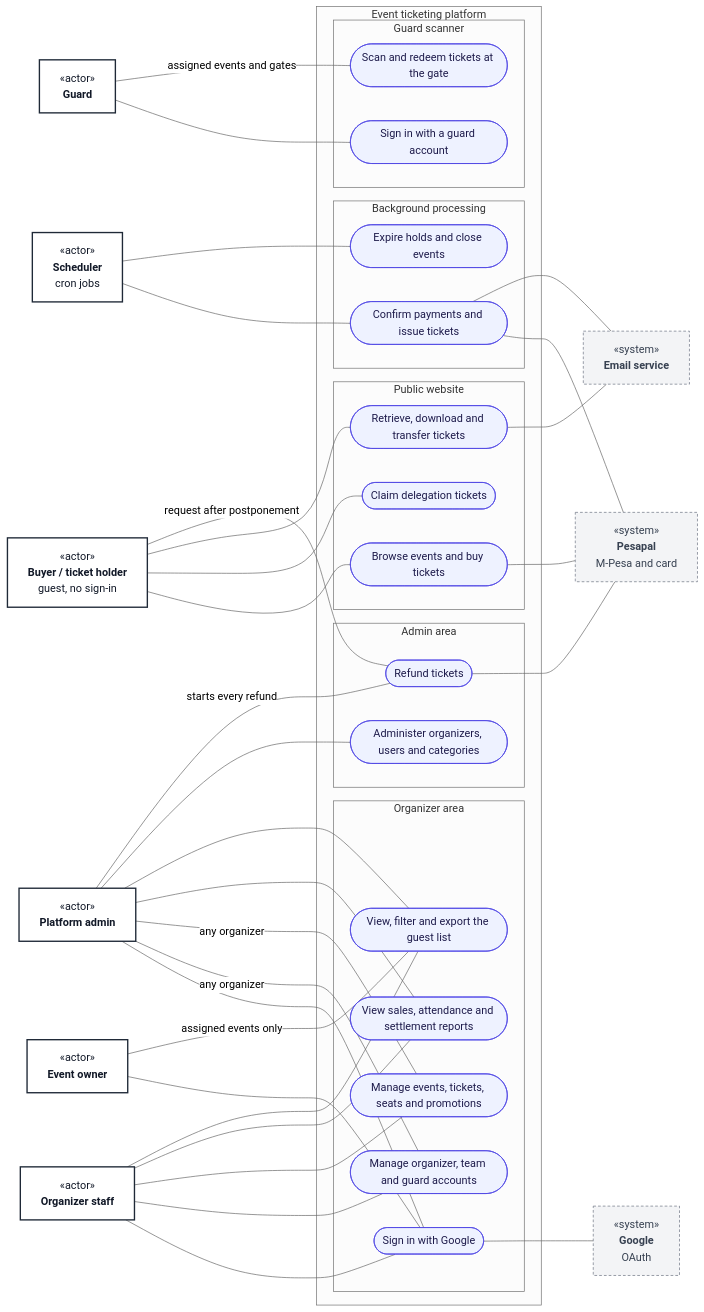
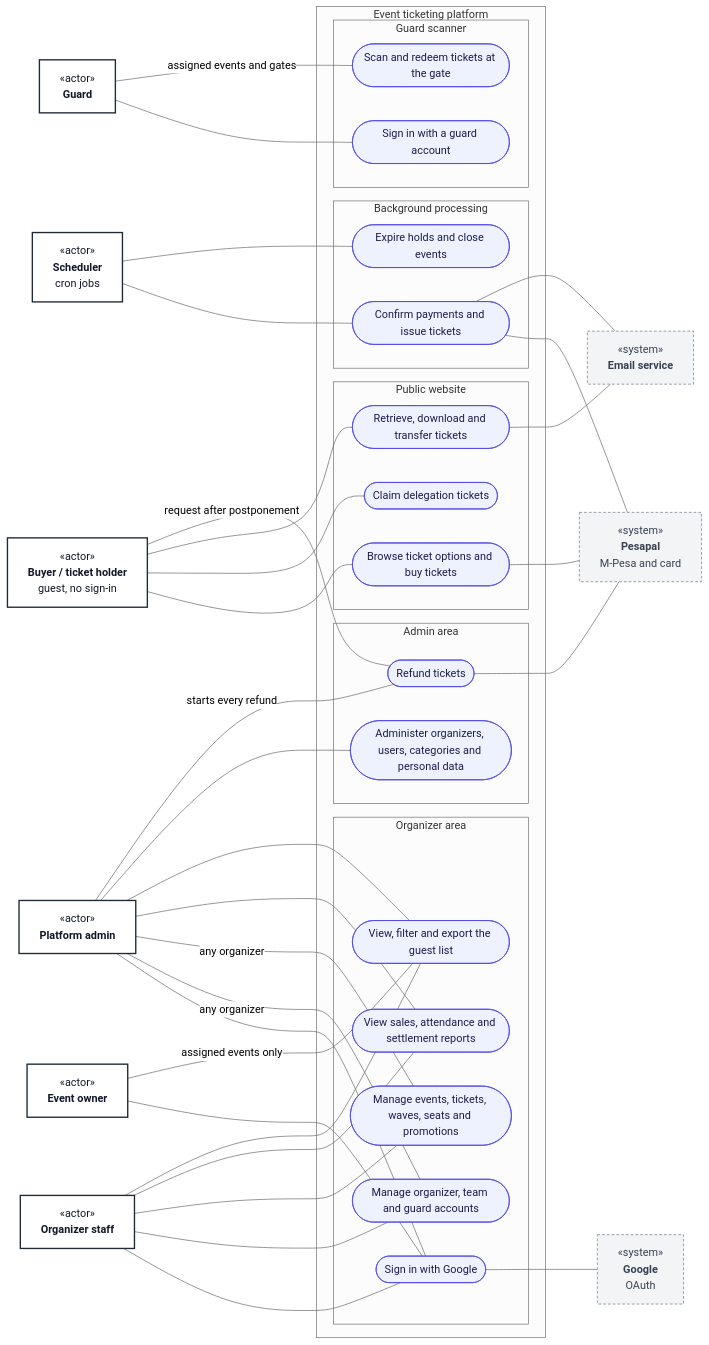
The diagram in doc/diagrams/use-cases/00-overview.md (kreativesahara/ticket), drawn with Mermaid (neutral theme) before and after one commit. The commit also changed other lines of this file and 68 other files, not shown here.

Commit message:
docs: add comprehensive ERD, activity, and use-case diagrams along with supporting documentation and prompt updates

````diff
--- a/doc/diagrams/use-cases/00-overview.md
+++ b/doc/diagrams/use-cases/00-overview.md
@@ -9,74 +9,74 @@
 ```mermaid
 flowchart LR
     classDef actor fill:#ffffff,stroke:#1f2937,stroke-width:2px,color:#111827
     classDef external fill:#f3f4f6,stroke:#6b7280,stroke-width:1px,stroke-dasharray:4 3,color:#374151
     classDef usecase fill:#eef2ff,stroke:#4f46e5,stroke-width:1px,color:#1e1b4b
 
     Buyer["«actor»<br/><b>Buyer / ticket holder</b><br/>guest, no sign-in"]:::actor
     Guard["«actor»<br/><b>Guard</b>"]:::actor
     Staff["«actor»<br/><b>Organizer staff</b>"]:::actor
     Owner["«actor»<br/><b>Event owner</b>"]:::actor
     Admin["«actor»<br/><b>Platform admin</b>"]:::actor
     Scheduler["«actor»<br/><b>Scheduler</b><br/>cron jobs"]:::actor
 
     subgraph SYS["Event ticketing platform"]
         subgraph PUB["Public website"]
-            A(["Browse events and buy tickets"]):::usecase
+            A(["Browse ticket options and buy tickets"]):::usecase
             B(["Claim delegation tickets"]):::usecase
             C(["Retrieve, download and transfer tickets"]):::usecase
         end
         subgraph GATE["Guard scanner"]
             E(["Sign in with a guard account"]):::usecase
             I(["Scan and redeem tickets at the gate"]):::usecase
         end
         subgraph ORG["Organizer area"]
             D(["Sign in with Google"]):::usecase
             F(["Manage organizer, team and guard accounts"]):::usecase
-            G(["Manage events, tickets, seats and promotions"]):::usecase
+            G(["Manage events, tickets, waves, seats and promotions"]):::usecase
             H(["View, filter and export the guest list"]):::usecase
             J(["View sales, attendance and settlement reports"]):::usecase
         end
         subgraph ADM["Admin area"]
-            K(["Administer organizers, users and categories"]):::usecase
+            K(["Administer organizers, users, categories and personal data"]):::usecase
             L(["Refund tickets"]):::usecase
         end
         subgraph BG["Background processing"]
             M(["Confirm payments and issue tickets"]):::usecase
             N(["Expire holds and close events"]):::usecase
         end
     end
 
     Google["«system»<br/><b>Google</b><br/>OAuth"]:::external
     Pesapal["«system»<br/><b>Pesapal</b><br/>M-Pesa and card"]:::external
     Email["«system»<br/><b>Email service</b>"]:::external
 
     Buyer --- A
     Buyer --- B
     Buyer --- C
     Buyer ---|"request after postponement"| L
     Guard --- E
     Guard ---|"assigned events and gates"| I
     Staff --- D
     Staff --- F
     Staff --- G
     Staff --- J
     Staff --- H
     Owner --- D
     Owner ---|"assigned events only"| H
     Admin --- D
     Admin ---|"any organizer"| F
     Admin ---|"any organizer"| G
     Admin --- J
     Admin --- H
     Admin --- K
     Admin ---|"starts every refund"| L
     Scheduler --- M
     Scheduler --- N
 
     C --- Email
     A --- Pesapal
     L --- Pesapal
     M --- Pesapal
     M --- Email
     D --- Google
 ```
````
